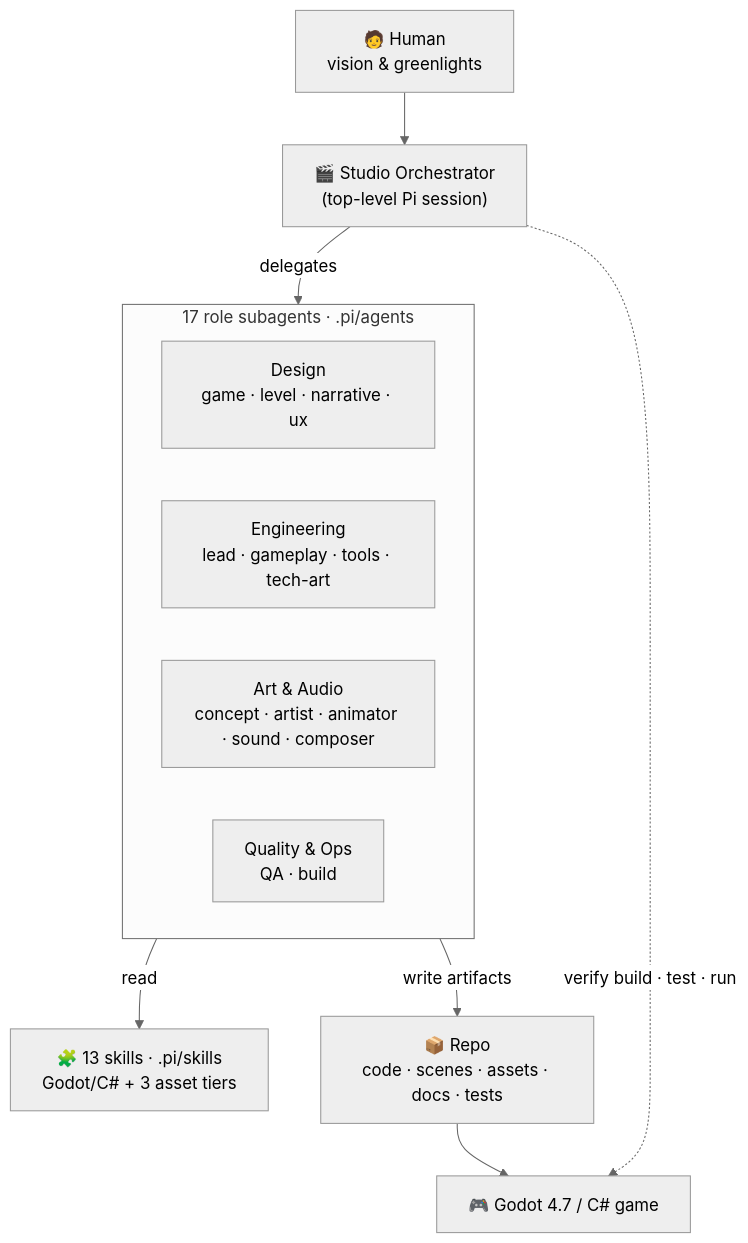
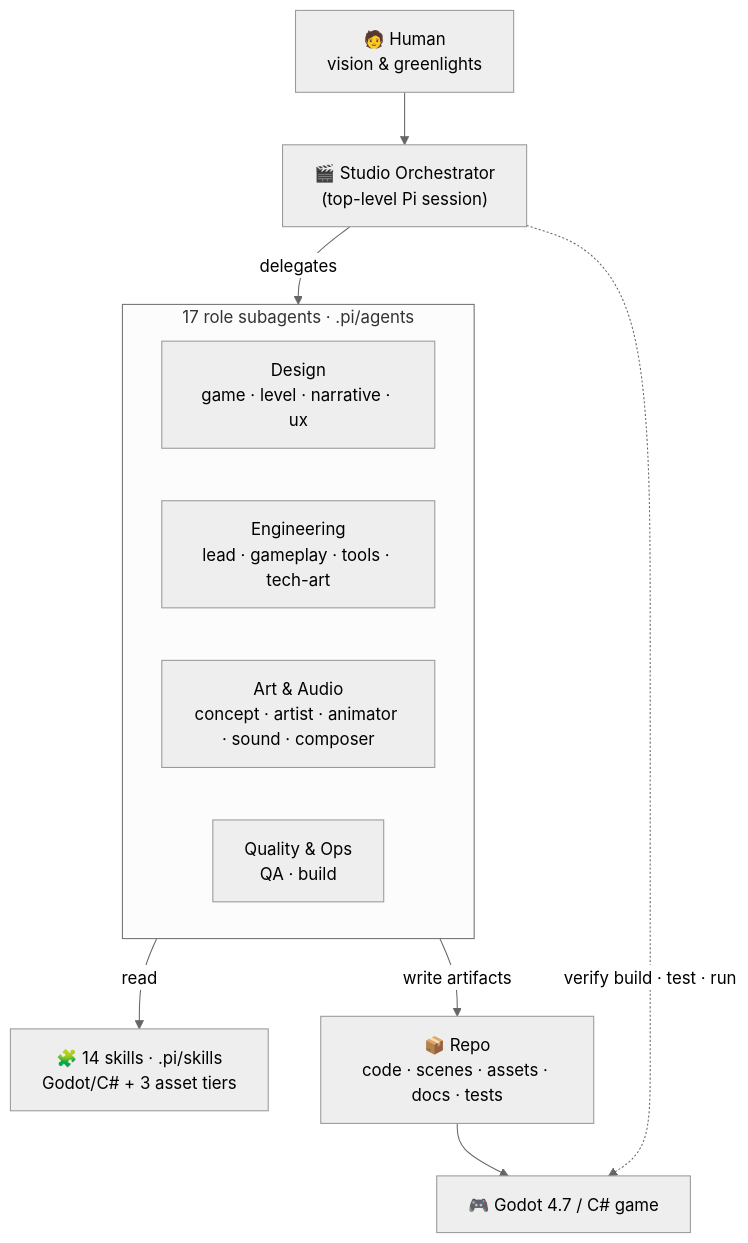
The diagram in README.md (marcobdv/fidgetfall), drawn with Mermaid (neutral theme) before and after one commit. The commit also changed other lines of this file and 34 other files, not shown here.

````diff
--- a/README.md
+++ b/README.md
@@ -23,16 +23,16 @@
 ```mermaid
 flowchart TB
     Human["🧑 Human<br/>vision &amp; greenlights"] --> Orch["🎬 Studio Orchestrator<br/>(top-level Pi session)"]
     Orch -->|delegates| Roles
     subgraph Roles["17 role subagents · .pi/agents"]
         direction LR
         Design["Design<br/>game · level · narrative · ux"]
         Eng["Engineering<br/>lead · gameplay · tools · tech-art"]
         ArtAudio["Art &amp; Audio<br/>concept · artist · animator · sound · composer"]
         QO["Quality &amp; Ops<br/>QA · build"]
     end
-    Roles -->|read| Skills["🧩 13 skills · .pi/skills<br/>Godot/C# + 3 asset tiers"]
+    Roles -->|read| Skills["🧩 14 skills · .pi/skills<br/>Godot/C# + 3 asset tiers"]
     Roles -->|write artifacts| Repo["📦 Repo<br/>code · scenes · assets · docs · tests"]
     Repo --> Game["🎮 Godot 4.7 / C# game"]
     Orch -.->|verify build · test · run| Game
 ```
````
